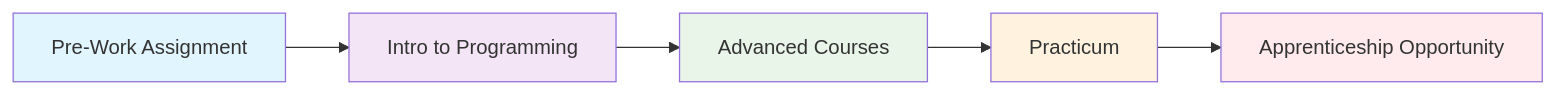
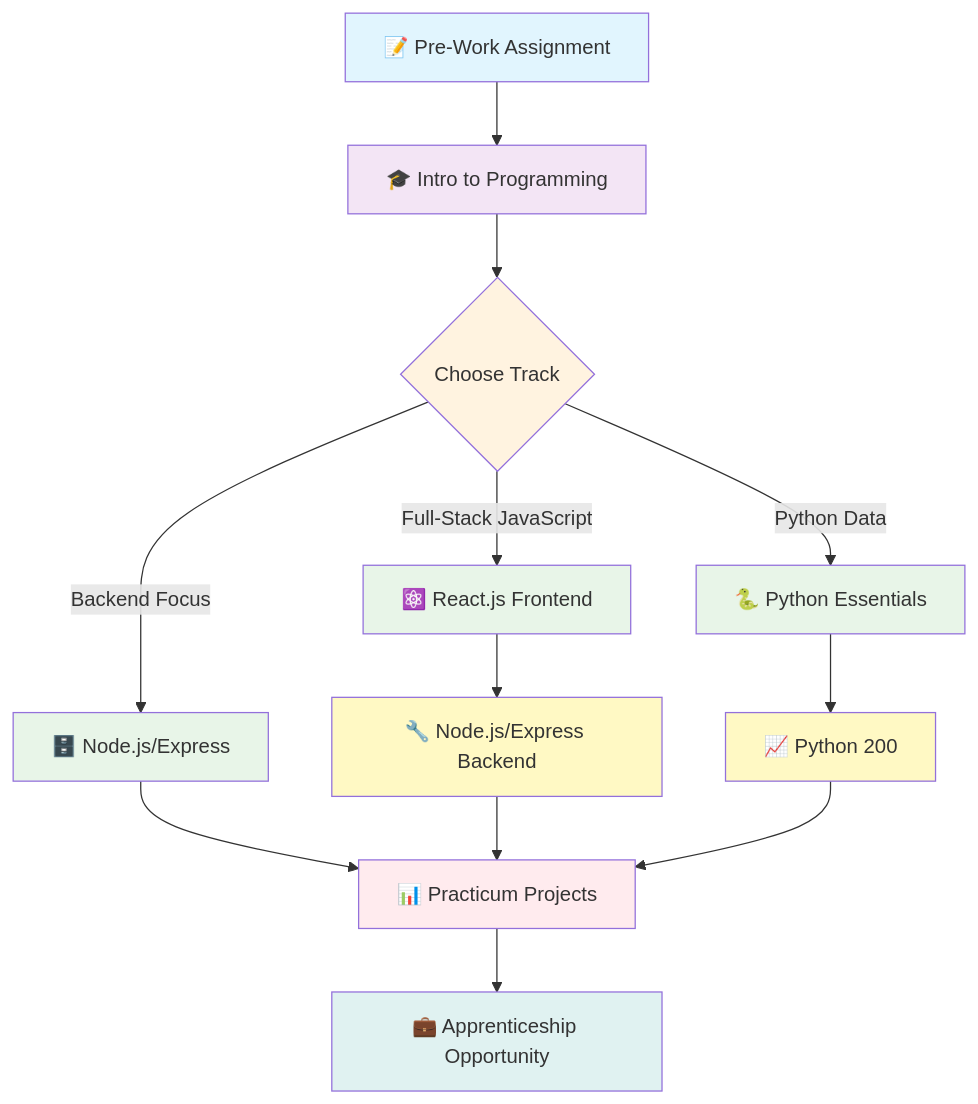
The diagram in README.md (AvionShea/code-the-dream), drawn with Mermaid before and after one commit. The commit also changed other lines of this file and 1 other file, not shown here.

````diff
--- a/README.md
+++ b/README.md
@@ -101,13 +41,25 @@
 ```mermaid
-graph LR
-A[Pre-Work Assignment] --> B[Intro to Programming]
-B --> C[Advanced Courses]
-C --> D[Practicum]
-D --> E[Apprenticeship Opportunity]
+graph TD
+    A[📝 Pre-Work Assignment] --> B[🎓 Intro to Programming]
+    B --> C{Choose Track}
+    C -->|Full-Stack JavaScript| D[⚛️ React.js Frontend]
+    C -->|Backend Focus| E[🗄️ Node.js/Express]
+    C -->|Python Data| F[🐍 Python Essentials]
+    D --> G[🔧 Node.js/Express Backend]
+    E --> H[📊 Practicum Projects]
+    F --> I[📈 Python 200]
+    G --> H
+    I --> H
+    H --> J[💼 Apprenticeship Opportunity]
 
-style A fill:#e1f5fe
-style B fill:#f3e5f5
-style C fill:#e8f5e8
-style D fill:#fff3e0
-style E fill:#ffebee
+    style A fill:#e1f5fe
+    style B fill:#f3e5f5
+    style C fill:#fff3e0
+    style D fill:#e8f5e8
+    style E fill:#e8f5e8
+    style F fill:#e8f5e8
+    style G fill:#fff9c4
+    style H fill:#ffebee
+    style I fill:#fff9c4
+    style J fill:#e0f2f1
 ```
````
